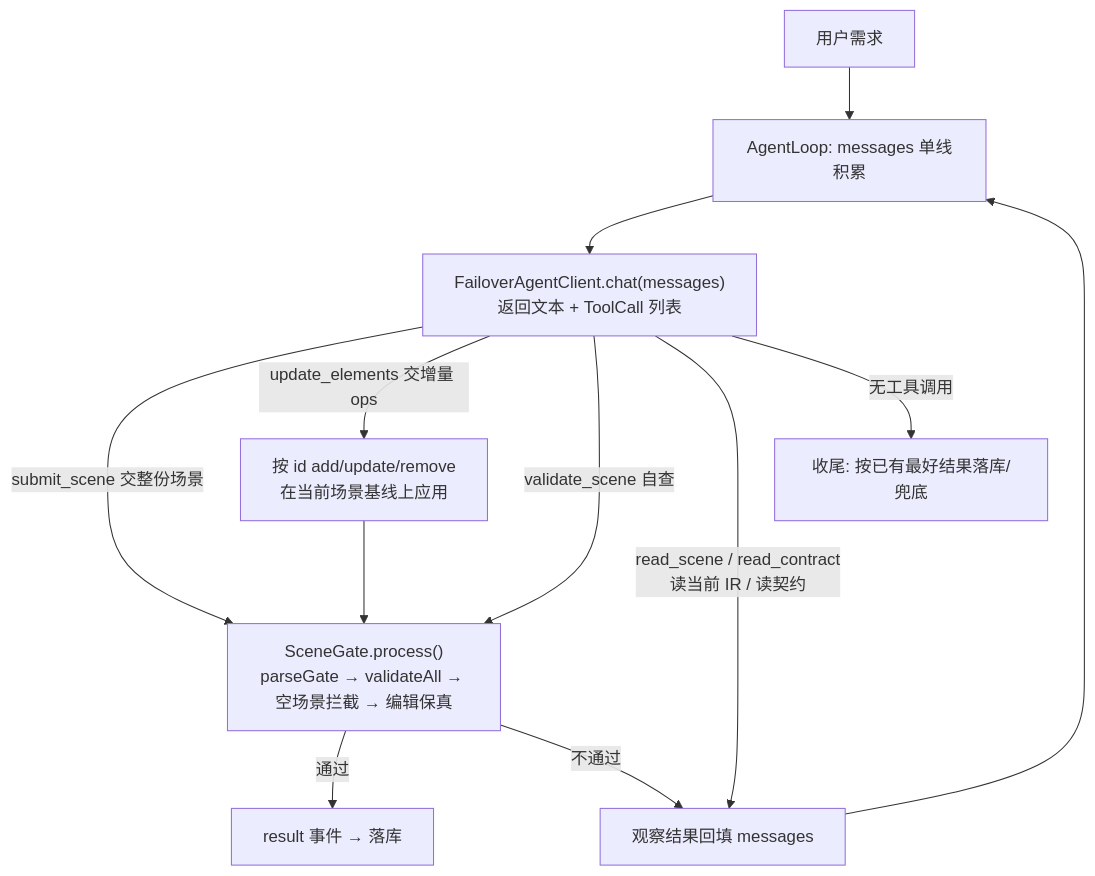
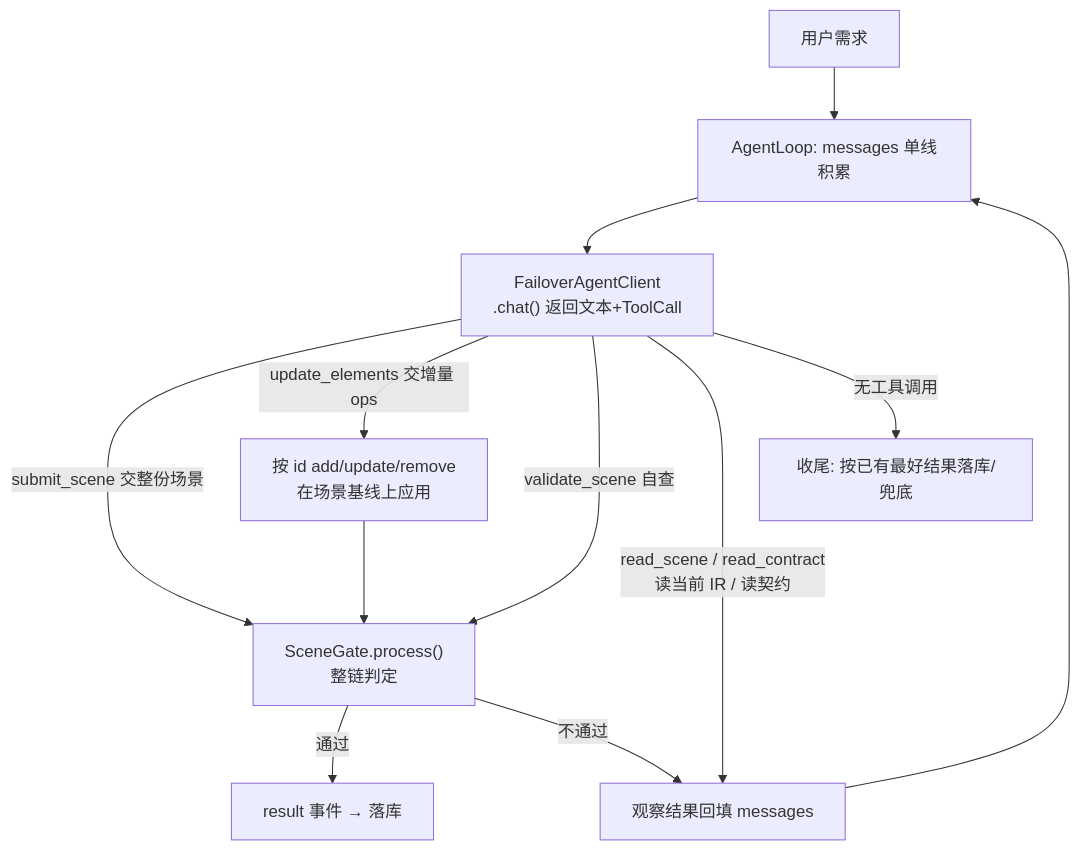
The eighth of 13 diagrams in workbuddyFlow/docs/FlowAI架构与交互机制.md (Nihao7-L/flowchart-ai), drawn with Mermaid before and after one commit. The commit also changed other lines of this file, not shown here.

First line of the commit message:
docs: 修复架构文档 mermaid 图文字被裁——节点只留短名，细节下沉正文

````diff
--- a/workbuddyFlow/docs/FlowAI架构与交互机制.md
+++ b/workbuddyFlow/docs/FlowAI架构与交互机制.md
@@ -263,14 +270,14 @@
 ```mermaid
 flowchart TD
   Start["用户需求"] --> Loop["AgentLoop: messages 单线积累"]
-  Loop --> LLM["FailoverAgentClient.chat(messages)<br/>返回文本 + ToolCall 列表"]
-  LLM -->|"submit_scene 交整份场景"| Gate["SceneGate.process()<br/>parseGate → validateAll → 空场景拦截 → 编辑保真"]
-  LLM -->|"update_elements 交增量 ops"| Ops["按 id add/update/remove<br/>在当前场景基线上应用"]
+  Loop --> LLM["FailoverAgentClient<br/>.chat() 返回文本+ToolCall"]
+  LLM -->|"submit_scene 交整份场景"| Gate["SceneGate.process()<br/>整链判定"]
+  LLM -->|"update_elements 交增量 ops"| Ops["按 id add/update/remove<br/>在场景基线上应用"]
   Ops --> Gate
   LLM -->|"validate_scene 自查"| Gate
   LLM -->|"read_scene / read_contract<br/>读当前 IR / 读契约"| Obs["观察结果回填 messages"]
   Gate -->|"通过"| Res["result 事件 → 落库"]
   Gate -->|"不通过"| Obs
   Obs --> Loop
   LLM -->|"无工具调用"| End["收尾: 按已有最好结果落库/兜底"]
 ```
````
